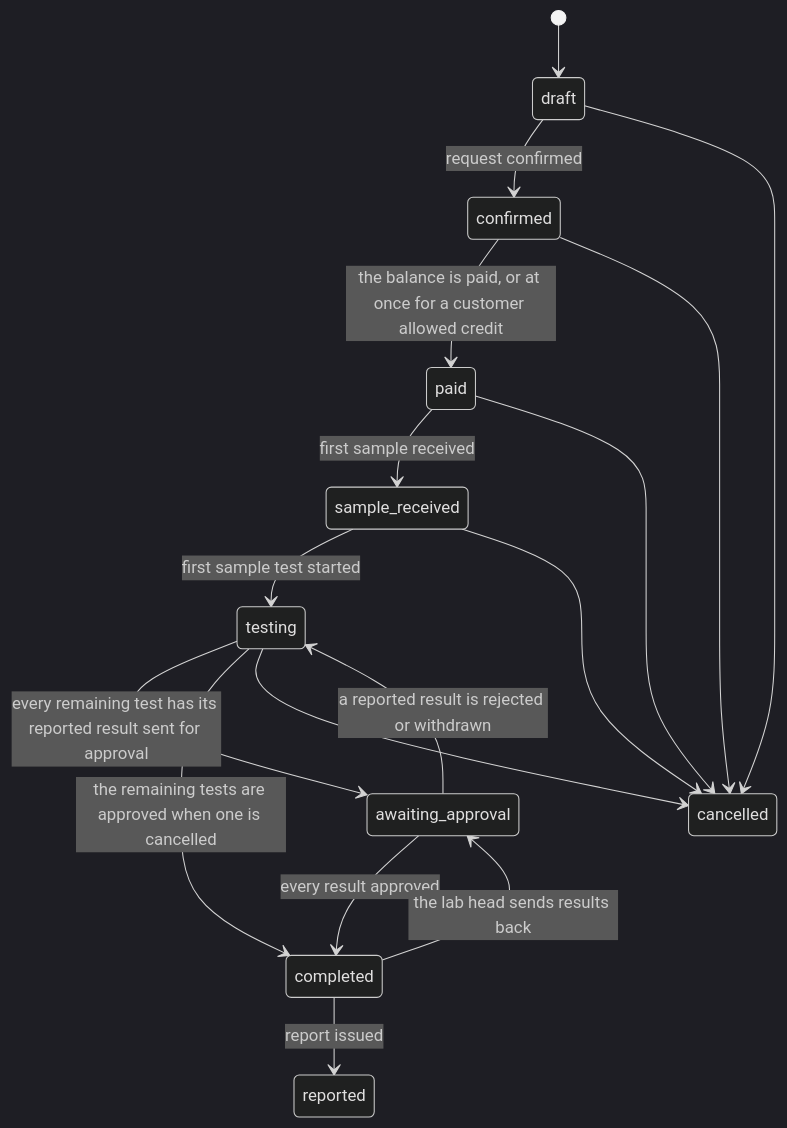
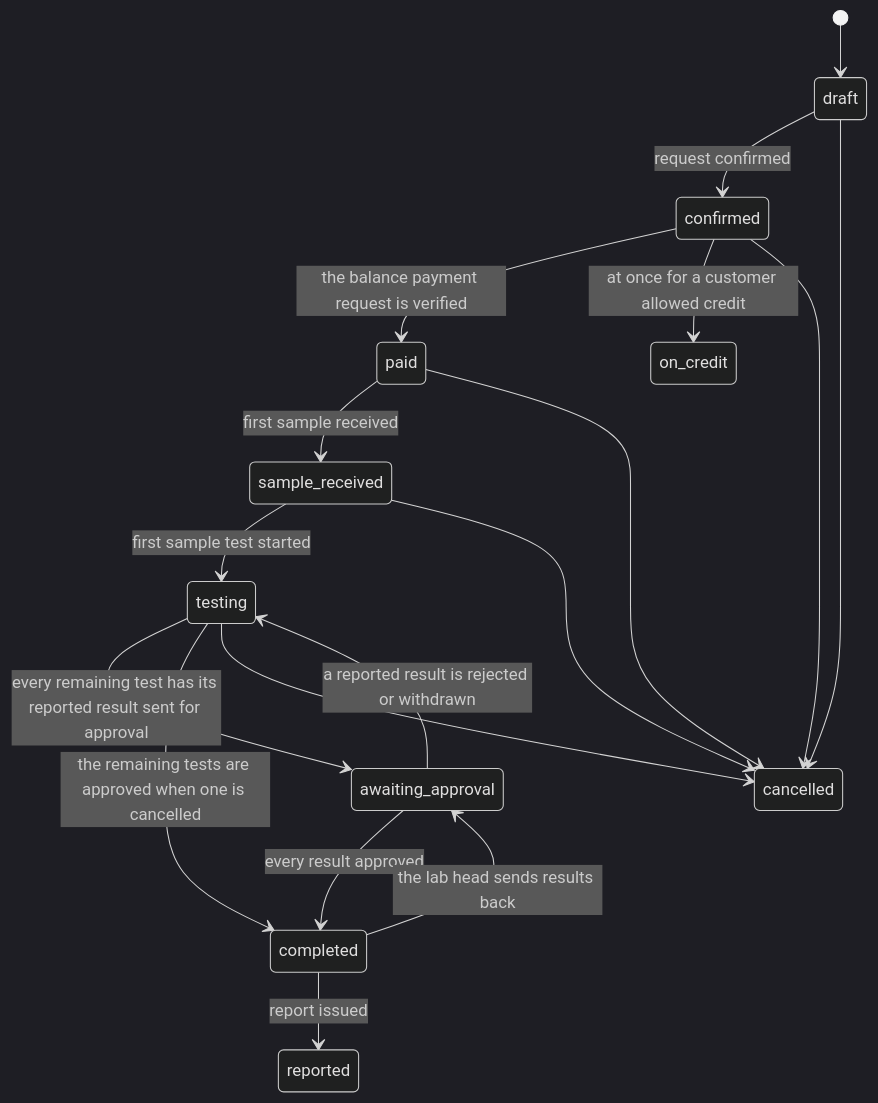
Before and after one commit to SoltuneMontepre/medilab: the second of 9 diagrams in docs/functional/laboratory_module/overview.md, drawn with Mermaid (dark theme). The commit also changed other lines of this file and 9 other files, not shown here.

Commit message:
[docs] Describe payment requests, pending-payment blocks and the On credit test request in the feature documents

````diff
--- a/docs/functional/laboratory_module/overview.md
+++ b/docs/functional/laboratory_module/overview.md
@@ -57,19 +57,20 @@
 ```mermaid
 stateDiagram-v2
     [*] --> draft
     draft --> confirmed: request confirmed
-    confirmed --> paid: the balance is paid, or at once for a customer allowed credit
+    confirmed --> paid: the balance payment request is verified
+    confirmed --> on_credit: at once for a customer allowed credit
     paid --> sample_received: first sample received
     sample_received --> testing: first sample test started
     testing --> awaiting_approval: every remaining test has its reported result sent for approval
     awaiting_approval --> testing: a reported result is rejected or withdrawn
     awaiting_approval --> completed: every result approved
     testing --> completed: the remaining tests are approved when one is cancelled
     completed --> reported: report issued
     completed --> awaiting_approval: the lab head sends results back
     draft --> cancelled
     confirmed --> cancelled
     paid --> cancelled
     sample_received --> cancelled
     testing --> cancelled
 ```
````
